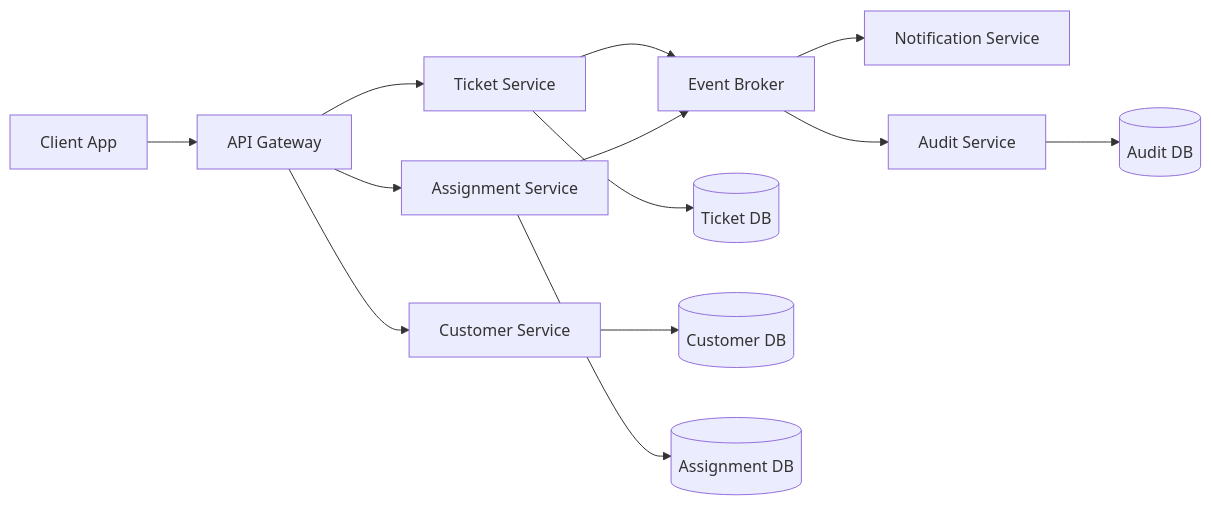
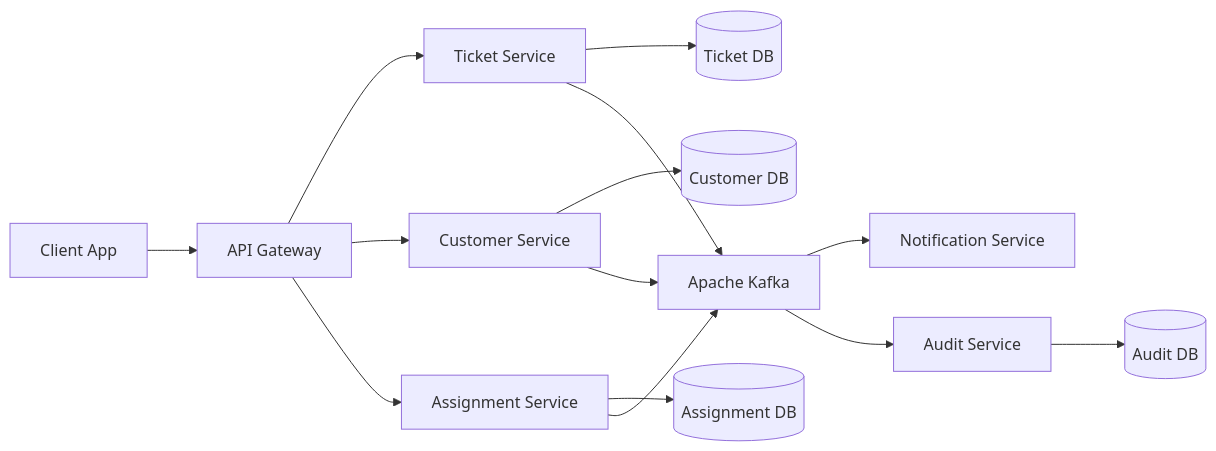
Before and after one commit to kisshere69/microservices: the first of 4 diagrams in FINAL_PROJECT_DESIGN.md, drawn with Mermaid. The commit also changed other lines of this file and 16 other files, not shown here.

````diff
--- a/FINAL_PROJECT_DESIGN.md
+++ b/FINAL_PROJECT_DESIGN.md
@@ -46,31 +70,32 @@
 ```mermaid
 flowchart LR
     client["Client App"]
     gateway["API Gateway"]
     ticket["Ticket Service"]
     customer["Customer Service"]
     assignment["Assignment Service"]
     notification["Notification Service"]
     audit["Audit Service"]
-    events["Event Broker"]
+    kafka["Apache Kafka"]
 
     ticketDb[("Ticket DB")]
     customerDb[("Customer DB")]
     assignmentDb[("Assignment DB")]
     auditDb[("Audit DB")]
 
     client --> gateway
     gateway --> ticket
     gateway --> customer
     gateway --> assignment
 
     ticket --> ticketDb
     customer --> customerDb
     assignment --> assignmentDb
     audit --> auditDb
 
-    ticket --> events
-    assignment --> events
-    events --> notification
-    events --> audit
+    ticket --> kafka
+    customer --> kafka
+    assignment --> kafka
+    kafka --> notification
+    kafka --> audit
 ```
````
